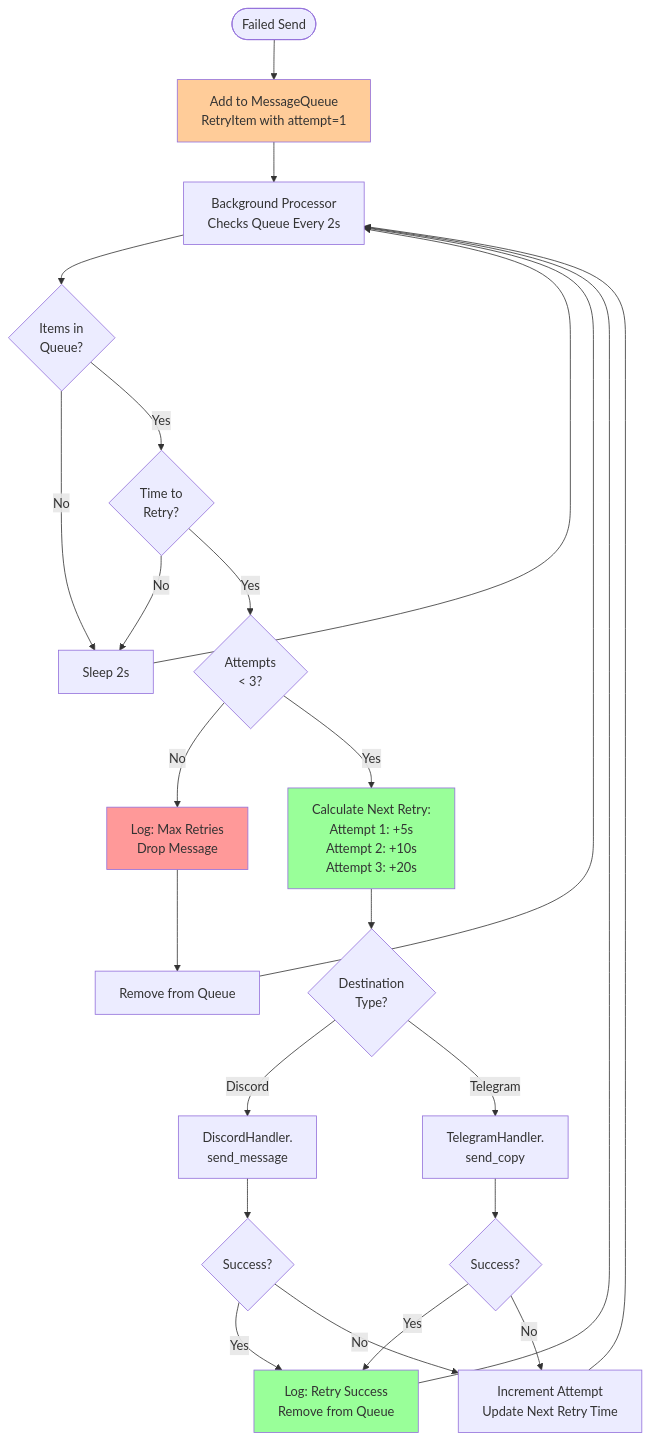
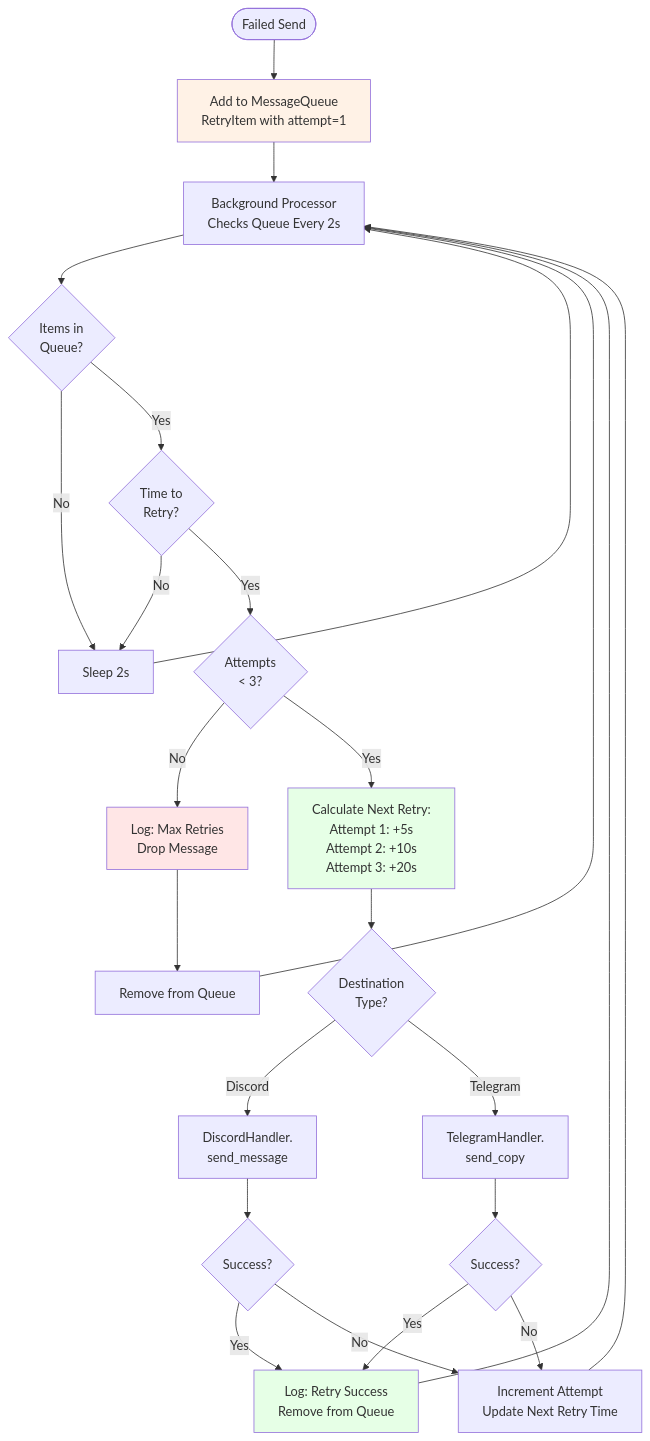
The second of 2 diagrams in docs/data-flow.md (Dysrhythmic/Watchtower), drawn with Mermaid before and after one commit. The commit also changed other lines of this file and 4 other files, not shown here.

First line of the commit message:
Improve diagram readability with lighter background colors

````diff
--- a/docs/data-flow.md
+++ b/docs/data-flow.md
@@ -136,41 +136,41 @@
 ```mermaid
 flowchart TD
     Start([Failed Send])
     Start --> Enqueue[Add to MessageQueue<br/>RetryItem with attempt=1]
     Enqueue --> Background[Background Processor<br/>Checks Queue Every 2s]
 
     Background --> CheckQueue{Items in<br/>Queue?}
     CheckQueue -->|No| Sleep[Sleep 2s]
     Sleep --> Background
 
     CheckQueue -->|Yes| CheckTime{Time to<br/>Retry?}
     CheckTime -->|No| Sleep
     CheckTime -->|Yes| CheckAttempts{Attempts<br/>< 3?}
 
     CheckAttempts -->|No| MaxRetries[Log: Max Retries<br/>Drop Message]
     MaxRetries --> RemoveQueue[Remove from Queue]
     RemoveQueue --> Background
 
     CheckAttempts -->|Yes| CalcBackoff[Calculate Next Retry:<br/>Attempt 1: +5s<br/>Attempt 2: +10s<br/>Attempt 3: +20s]
     CalcBackoff --> RetryType{Destination<br/>Type?}
 
     RetryType -->|Discord| RetryDiscord[DiscordHandler.<br/>send_message]
     RetryType -->|Telegram| RetryTelegram[TelegramHandler.<br/>send_copy]
 
     RetryDiscord --> DiscordResult{Success?}
     RetryTelegram --> TelegramResult{Success?}
 
     DiscordResult -->|Yes| Success[Log: Retry Success<br/>Remove from Queue]
     TelegramResult -->|Yes| Success
 
     DiscordResult -->|No| Increment[Increment Attempt<br/>Update Next Retry Time]
     TelegramResult -->|No| Increment
 
     Increment --> Background
     Success --> Background
 
-    style Enqueue fill:#ffcc99
-    style CalcBackoff fill:#99ff99
-    style Success fill:#99ff99
-    style MaxRetries fill:#ff9999
+    style Enqueue fill:#fff2e6
+    style CalcBackoff fill:#e6ffe6
+    style Success fill:#e6ffe6
+    style MaxRetries fill:#ffe6e6
 ```
````
